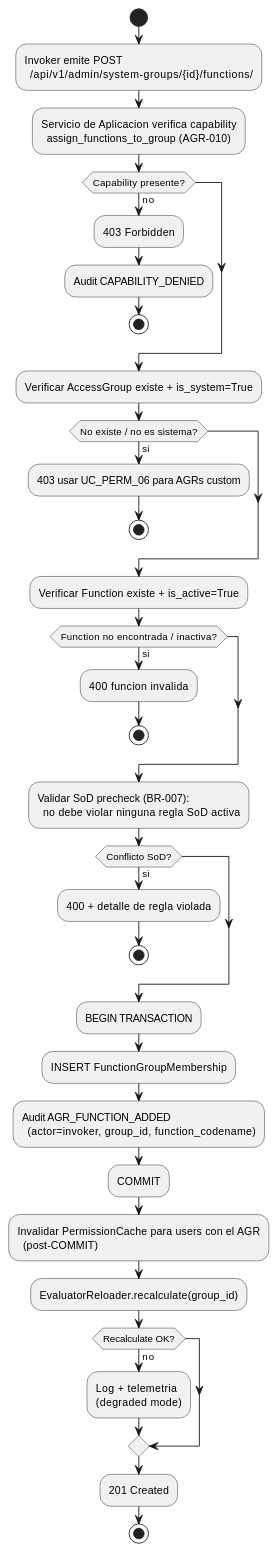
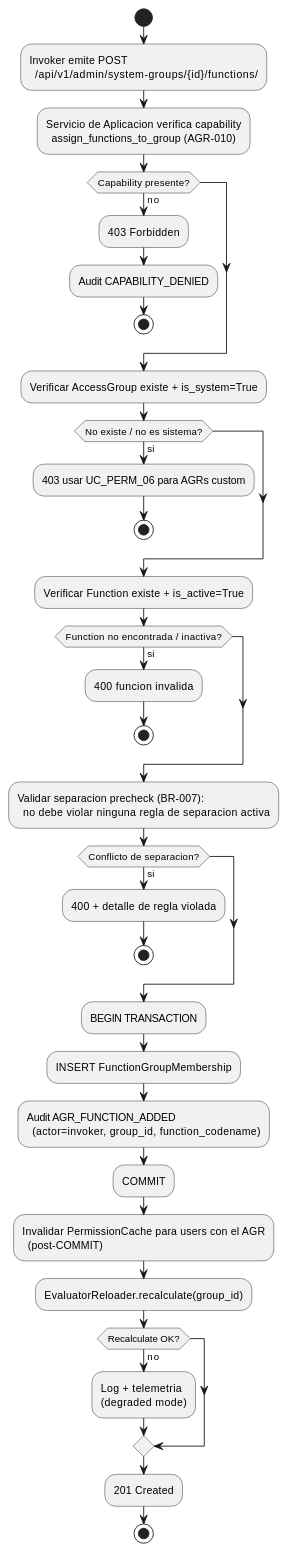
One commit to jcg-admin/IACT-docs changed the diagram in source/requisitos/casos-uso/admin/uc-adm-03/diagramas-uml/diagrama-de-actividad.rst. Above: the diagram before and after it, drawn with PlantUML. The commit also changed 148 other files, not shown here.

```diff
--- a/source/requisitos/casos-uso/admin/uc-adm-03/diagramas-uml/diagrama-de-actividad.rst
+++ b/source/requisitos/casos-uso/admin/uc-adm-03/diagramas-uml/diagrama-de-actividad.rst
@@ -6,53 +6,53 @@
 .. uml::
  :caption: UC_ADM_03 — flujo de adicion de Function al AGR.
 
  @startuml
 
  start
  :Invoker emite POST
    /api/v1/admin/system-groups/{id}/functions/;
  :Servicio de Aplicacion verifica capability
    assign_functions_to_group (AGR-010);
  if (Capability presente?) then (no)
    :403 Forbidden;
    :Audit CAPABILITY_DENIED;
    stop
  endif
 
  :Verificar AccessGroup existe + is_system=True;
  if (No existe / no es sistema?) then (si)
    :403 usar UC_PERM_06 para AGRs custom;
    stop
  endif
 
  :Verificar Function existe + is_active=True;
  if (Function no encontrada / inactiva?) then (si)
    :400 funcion invalida;
    stop
  endif
 
- :Validar SoD precheck (BR-007):
-   no debe violar ninguna regla SoD activa;
- if (Conflicto SoD?) then (si)
+ :Validar separacion precheck (BR-007):
+   no debe violar ninguna regla de separacion activa;
+ if (Conflicto de separacion?) then (si)
    :400 + detalle de regla violada;
    stop
  endif
 
  :BEGIN TRANSACTION;
  :INSERT FunctionGroupMembership;
  :Audit AGR_FUNCTION_ADDED
    (actor=invoker, group_id, function_codename);
  :COMMIT;
 
  :Invalidar PermissionCache para users con el AGR
    (post-COMMIT);
  :EvaluatorReloader.recalculate(group_id);
  if (Recalculate OK?) then (no)
    :Log + telemetria
    (degraded mode);
  endif
 
  :201 Created;
  stop
 
  @enduml
```
